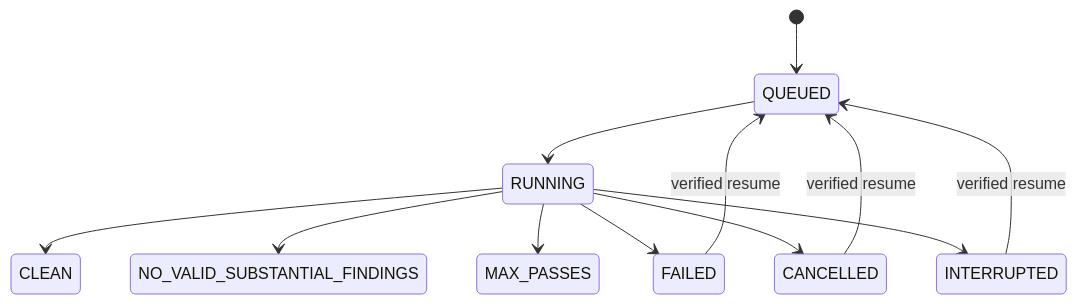
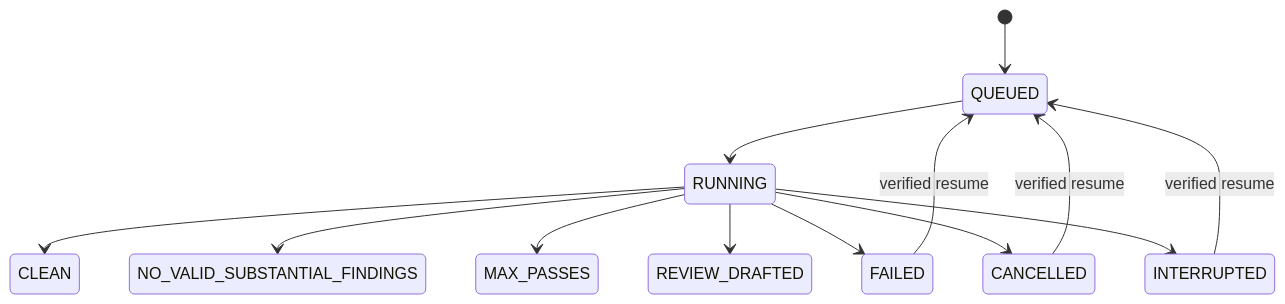
The third of 3 diagrams in docs/ARCHITECTURE.md (jbeirer/lxreview), drawn with Mermaid before and after one commit. The commit also changed other lines of this file and 18 other files, not shown here.

````diff
--- a/docs/ARCHITECTURE.md
+++ b/docs/ARCHITECTURE.md
@@ -59,14 +62,15 @@
 ```mermaid
 stateDiagram-v2
     [*] --> QUEUED
     QUEUED --> RUNNING
     RUNNING --> CLEAN
     RUNNING --> NO_VALID_SUBSTANTIAL_FINDINGS
     RUNNING --> MAX_PASSES
+    RUNNING --> REVIEW_DRAFTED
     RUNNING --> FAILED
     RUNNING --> CANCELLED
     RUNNING --> INTERRUPTED
     FAILED --> QUEUED: verified resume
     CANCELLED --> QUEUED: verified resume
     INTERRUPTED --> QUEUED: verified resume
 ```
````
